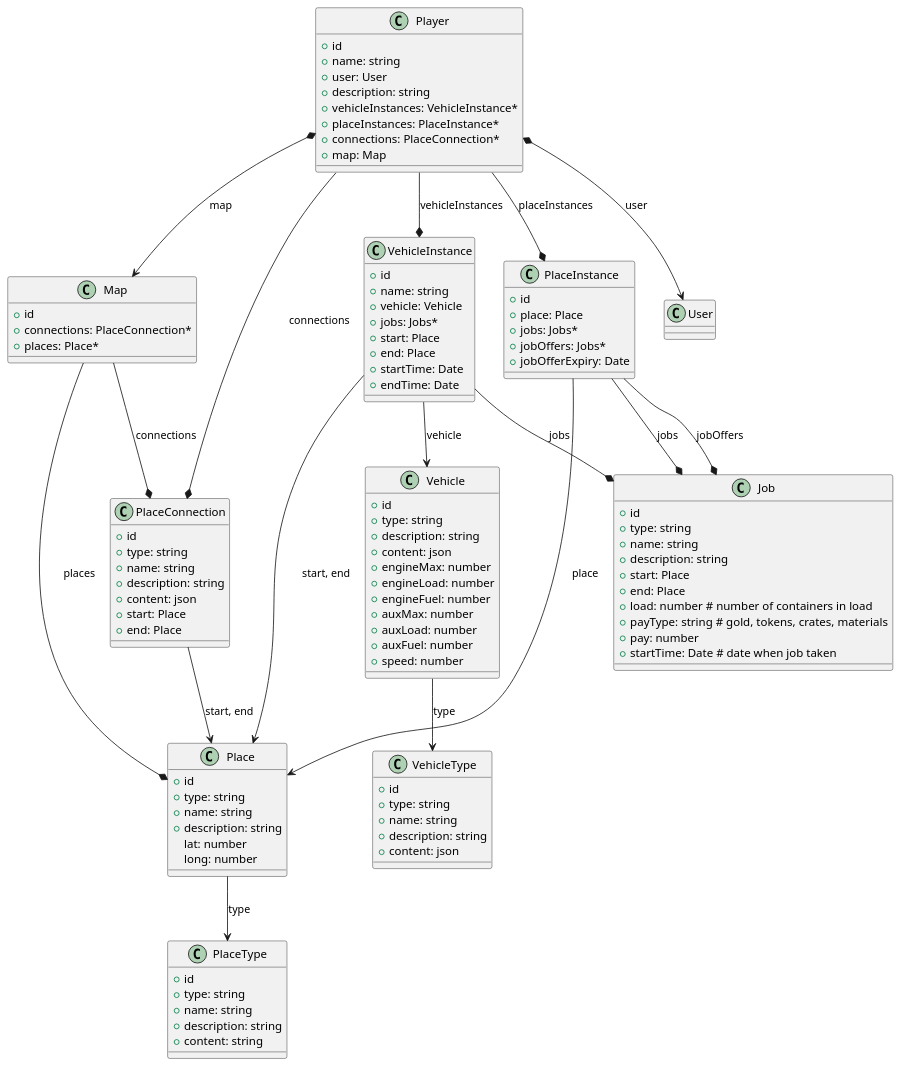
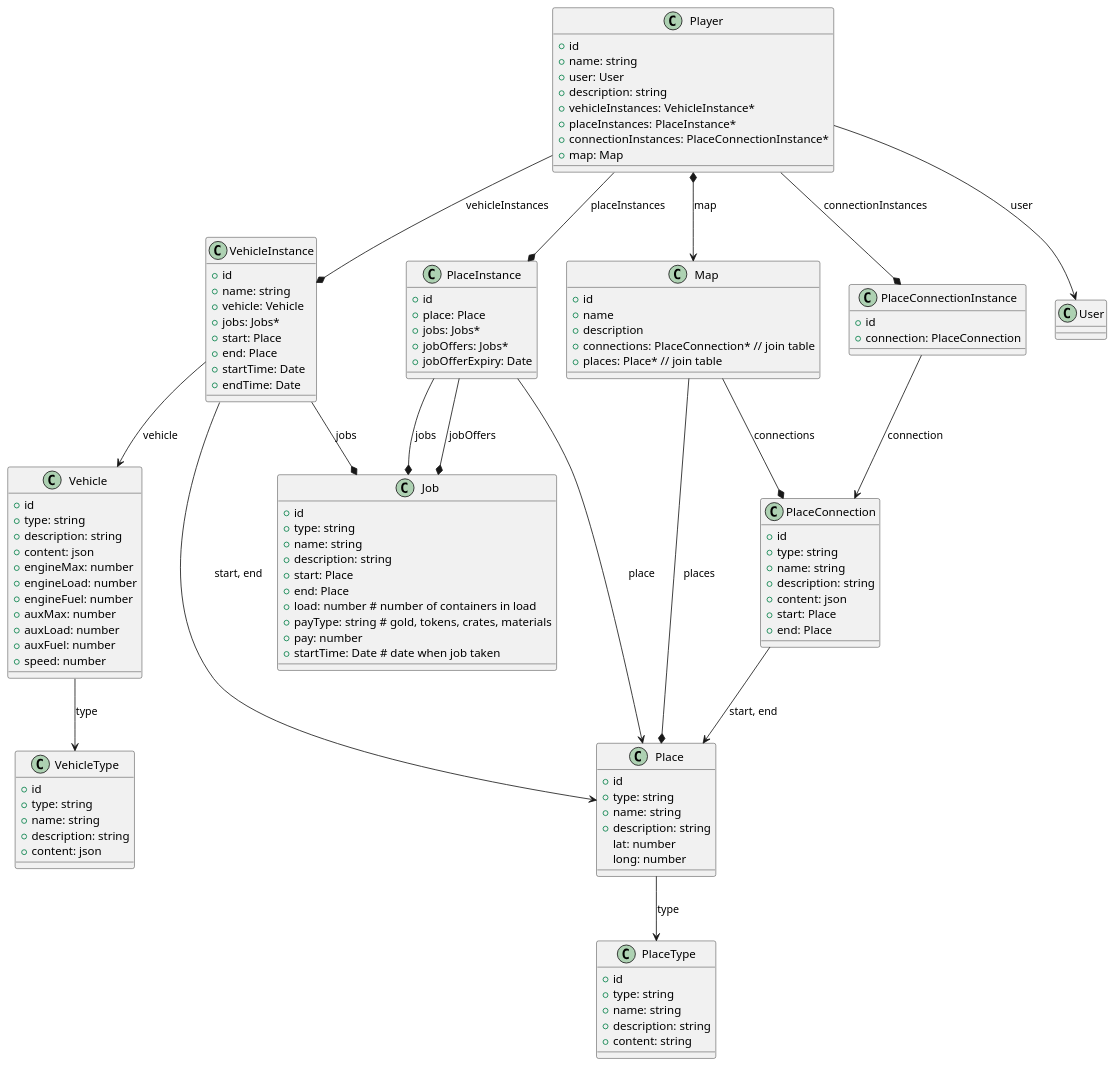
One commit to psperneac/trains changed the diagram in trains-docs/entities.puml. Above: the diagram before and after it, drawn with PlantUML. The commit also changed 26 other files, not shown here.

```diff
--- a/trains-docs/entities.puml
+++ b/trains-docs/entities.puml
@@ -1,124 +1,133 @@
 @startuml
 
 class VehicleType {
     +id
     +type: string
     +name: string
     +description: string
     +content: json
 }
 
 class Vehicle {
     +id
     +type: string
     +description: string
     +content: json
     +engineMax: number
     +engineLoad: number
     +engineFuel: number
     +auxMax: number
     +auxLoad: number
     +auxFuel: number
     +speed: number
 }
 
 Vehicle --> VehicleType: type
 
 class PlaceType {
     +id
     +type: string
     +name: string
     +description: string
     +content: string
 }
 
 class Place {
     +id
     +type: string
     +name: string
     +description: string
     lat: number
     long: number
 }
 
 Place --> PlaceType: type
 
 class PlaceConnection {
     +id
     +type: string
     +name: string
     +description: string
     +content: json
     +start: Place
     +end: Place
 }
 
 PlaceConnection --> Place: start, end
 
 class Job {
     +id
     +type: string
     +name: string
     +description: string
     +start: Place
     +end: Place
     +load: number # number of containers in load
     +payType: string # gold, tokens, crates, materials
     +pay: number
     +startTime: Date # date when job taken
 }
 
 class VehicleInstance {
     +id
     +name: string
     +vehicle: Vehicle
     +jobs: Jobs*
     +start: Place
     +end: Place
     +startTime: Date
     +endTime: Date
 }
 
 VehicleInstance --> Place: start, end
 VehicleInstance --> Vehicle: vehicle
 VehicleInstance --* Job: jobs
 
 class PlaceInstance {
     +id
     +place: Place
     +jobs: Jobs*
     +jobOffers: Jobs*
     +jobOfferExpiry: Date
 }
 
 PlaceInstance --> Place: place
 PlaceInstance --* Job: jobs
 PlaceInstance --* Job: jobOffers
 
 class Map {
     +id
-    +connections: PlaceConnection*
-    +places: Place*
+    +name
+    +description
+    +connections: PlaceConnection* // join table
+    +places: Place* // join table
 }
 
 Map --* PlaceConnection: connections
 Map --* Place: places
+
+class PlaceConnectionInstance {
+    +id
+    +connection: PlaceConnection
+}
+
+PlaceConnectionInstance --> PlaceConnection: connection
 
 class Player {
     +id
     +name: string
     +user: User
     +description: string
     +vehicleInstances: VehicleInstance*
     +placeInstances: PlaceInstance*
-    +connections: PlaceConnection*
+    +connectionInstances: PlaceConnectionInstance*
     +map: Map
 }
 
-Player *--> User: user
+Player --> User: user
 Player --* PlaceInstance: placeInstances
 Player --* VehicleInstance: vehicleInstances
-Player --* PlaceConnection: connections
+Player --* PlaceConnectionInstance: connectionInstances
 Player *--> Map: map
 
 @enduml
```
